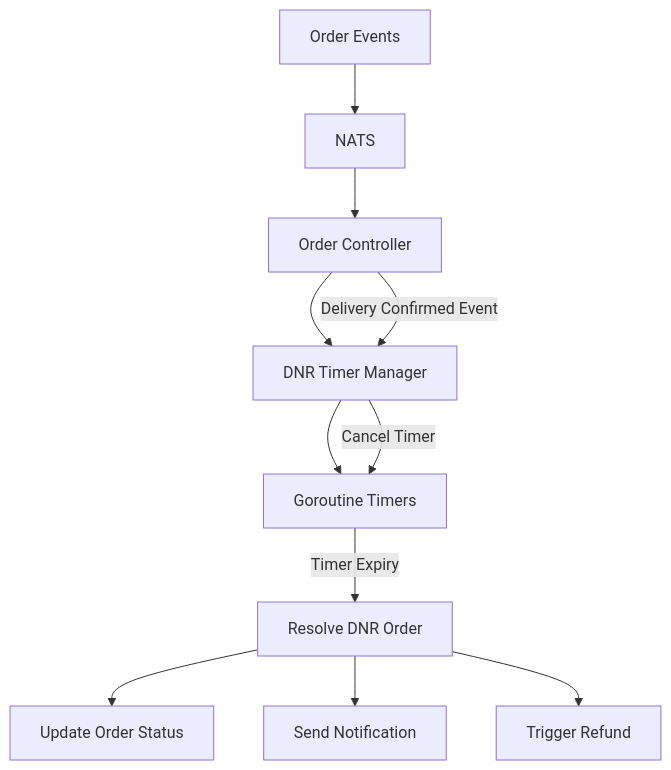
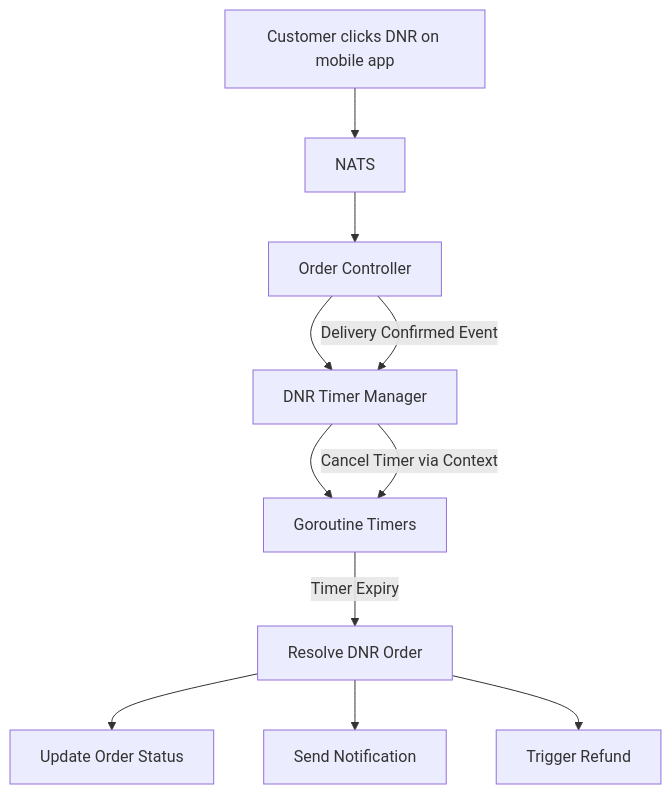
Before and after one commit to QinisoCele/event-driven-dnr-system: the first of 5 diagrams in README.md, drawn with Mermaid. The commit also changed other lines of this file, not shown here.

````diff
--- a/README.md
+++ b/README.md
@@ -34,15 +33,15 @@
 ```mermaid
 flowchart TD
-    A[Order Events] --> B[NATS]
+    A[Customer clicks DNR on mobile app] --> B[NATS]
     B --> C[Order Controller]
     C --> D[DNR Timer Manager]
     D --> E[Goroutine Timers]
 
     E -->|Timer Expiry| F[Resolve DNR Order]
     F --> G[Update Order Status]
     F --> H[Send Notification]
     F --> I[Trigger Refund]
 
     C -->|Delivery Confirmed Event| D
-    D -->|Cancel Timer| E
+    D -->|Cancel Timer via Context| E
 ```
````
